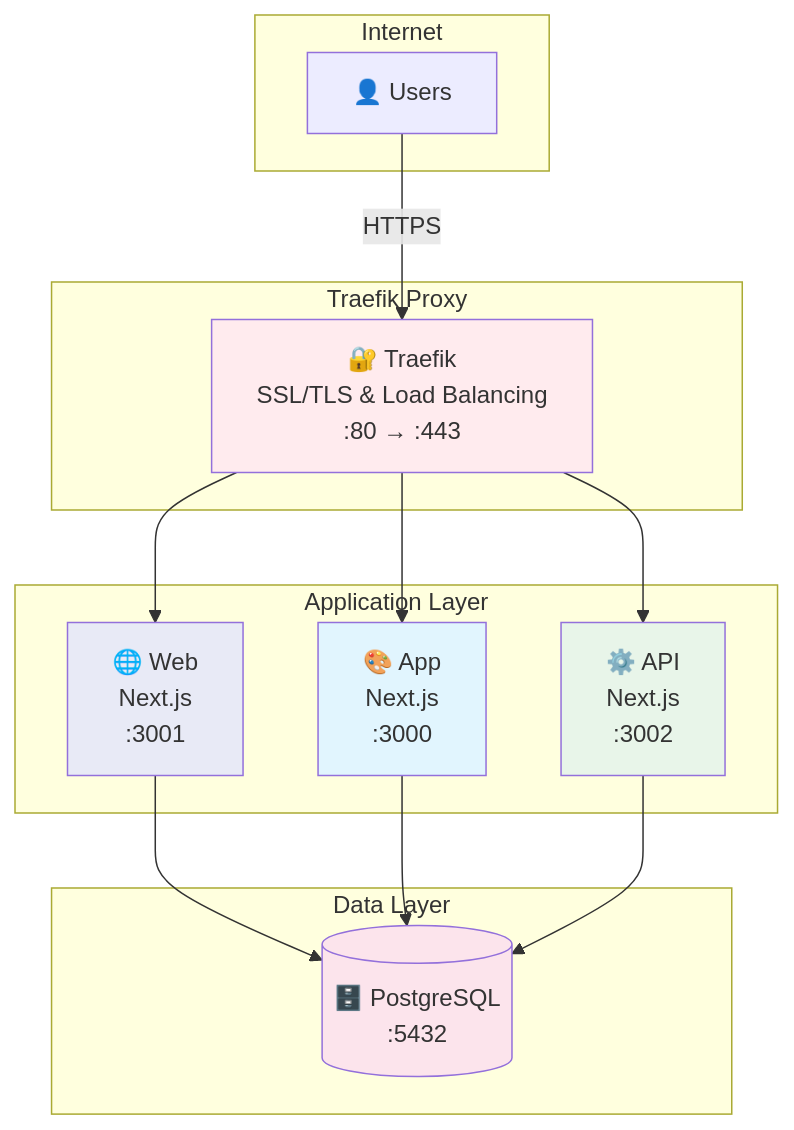
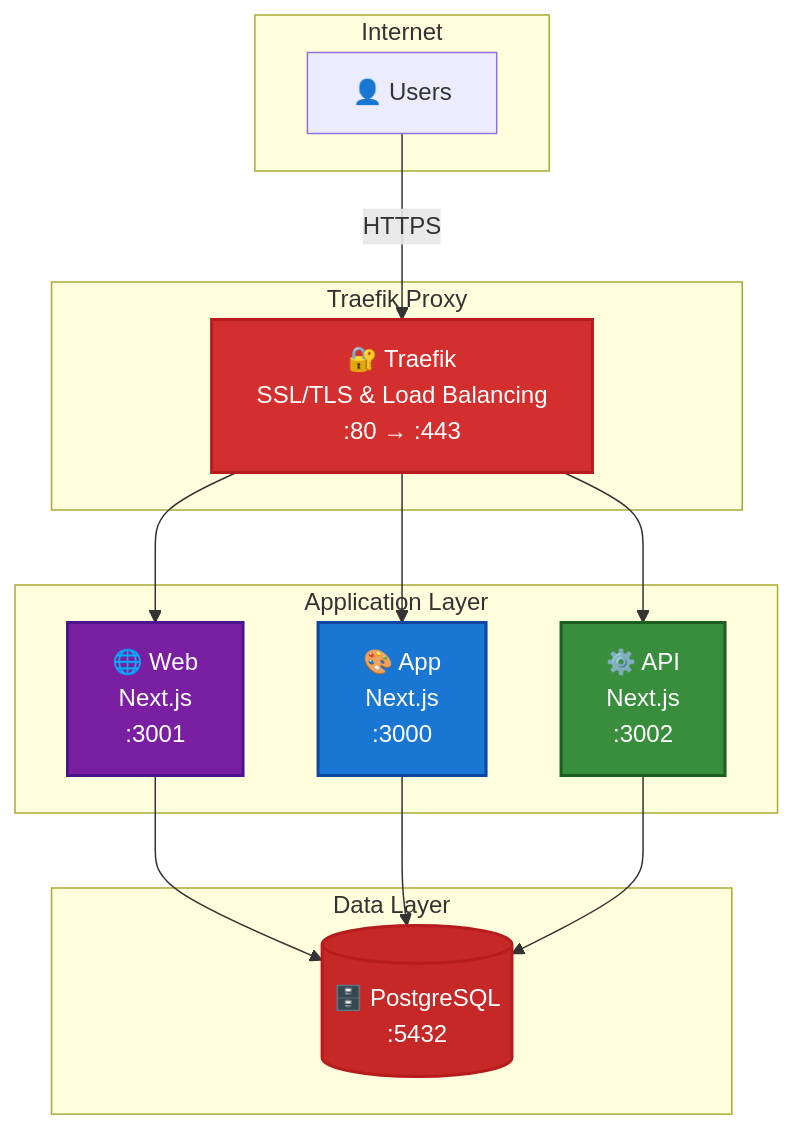
The third of 3 diagrams in docker/README.md (zopiolabs/zopio), drawn with Mermaid before and after one commit. The commit also changed other lines of this file, not shown here.

Commit message:
style: enhance mermaid diagrams with high contrast colors

````diff
--- a/docker/README.md
+++ b/docker/README.md
@@ -346,35 +346,35 @@
 ```mermaid
 graph TB
     subgraph "Internet"
         USER["👤 Users"]
     end
     
     subgraph "Traefik Proxy"
         TRAEFIK["🔐 Traefik<br/>SSL/TLS & Load Balancing<br/>:80 → :443"]
     end
     
     subgraph "Application Layer"
         WEB_PROD["🌐 Web<br/>Next.js<br/>:3001"]
         APP_PROD["🎨 App<br/>Next.js<br/>:3000"]
         API_PROD["⚙️ API<br/>Next.js<br/>:3002"]
     end
     
     subgraph "Data Layer"
         DB_PROD[("🗄️ PostgreSQL<br/>:5432")]
     end
     
     USER -->|HTTPS| TRAEFIK
     TRAEFIK --> WEB_PROD
     TRAEFIK --> APP_PROD
     TRAEFIK --> API_PROD
     
     WEB_PROD --> DB_PROD
     APP_PROD --> DB_PROD
     API_PROD --> DB_PROD
     
-    style TRAEFIK fill:#ffebee
-    style WEB_PROD fill:#e8eaf6
-    style APP_PROD fill:#e1f5fe
-    style API_PROD fill:#e8f5e9
-    style DB_PROD fill:#fce4ec
+    style TRAEFIK fill:#D32F2F,stroke:#B71C1C,stroke-width:2px,color:#fff
+    style WEB_PROD fill:#7B1FA2,stroke:#4A148C,stroke-width:2px,color:#fff
+    style APP_PROD fill:#1976D2,stroke:#0D47A1,stroke-width:2px,color:#fff
+    style API_PROD fill:#388E3C,stroke:#1B5E20,stroke-width:2px,color:#fff
+    style DB_PROD fill:#C62828,stroke:#B71C1C,stroke-width:2px,color:#fff
 ```
````
